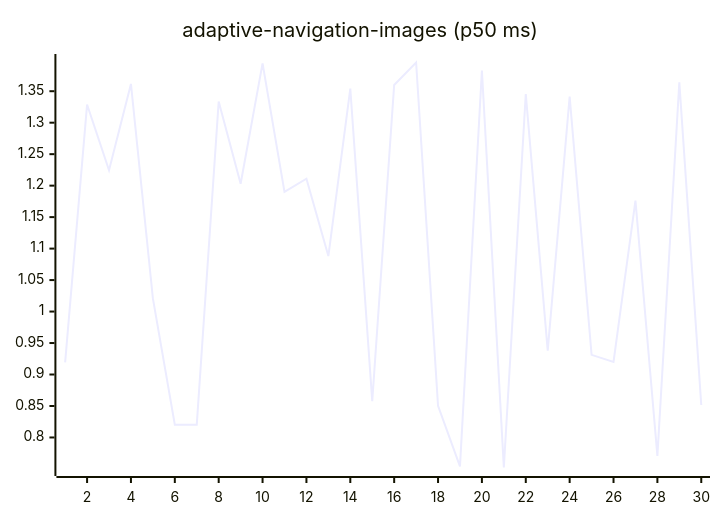
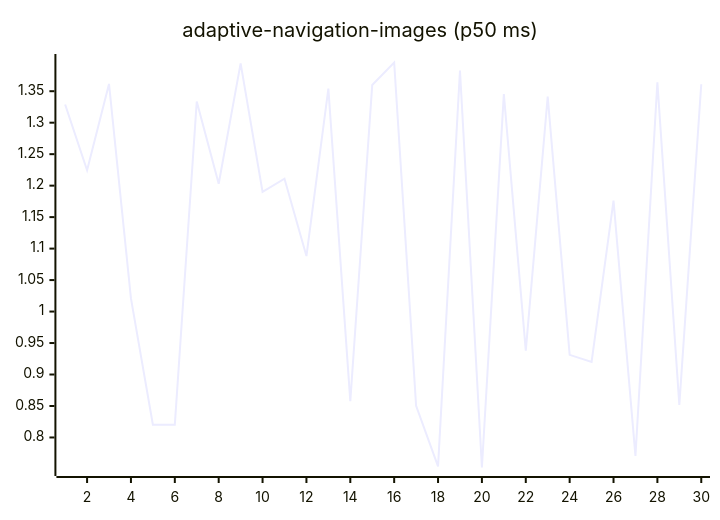
The first of 27 diagrams in README.md (josha/Facet), drawn with Mermaid before and after one commit. The commit also changed other lines of this file and 2 other files, not shown here.

````diff
--- a/README.md
+++ b/README.md
@@ -63,6 +63,6 @@
 ```mermaid
 xychart-beta
     title "adaptive-navigation-images (p50 ms)"
     x-axis 1 --> 30
-    line [0.9193, 1.3288, 1.2245, 1.3615, 1.0208, 0.8202, 0.8203, 1.3336, 1.2030, 1.3942, 1.1900, 1.2110, 1.0882, 1.3541, 0.8576, 1.3599, 1.3956, 0.8504, 0.7540, 1.3829, 0.7523, 1.3455, 0.9380, 1.3415, 0.9312, 0.9201, 1.1763, 0.7707, 1.3642, 0.8516]
+    line [1.3288, 1.2245, 1.3615, 1.0208, 0.8202, 0.8203, 1.3336, 1.2030, 1.3942, 1.1900, 1.2110, 1.0882, 1.3541, 0.8576, 1.3599, 1.3956, 0.8504, 0.7540, 1.3829, 0.7523, 1.3455, 0.9380, 1.3415, 0.9312, 0.9201, 1.1763, 0.7707, 1.3642, 0.8516, 1.3610]
 ```
````
